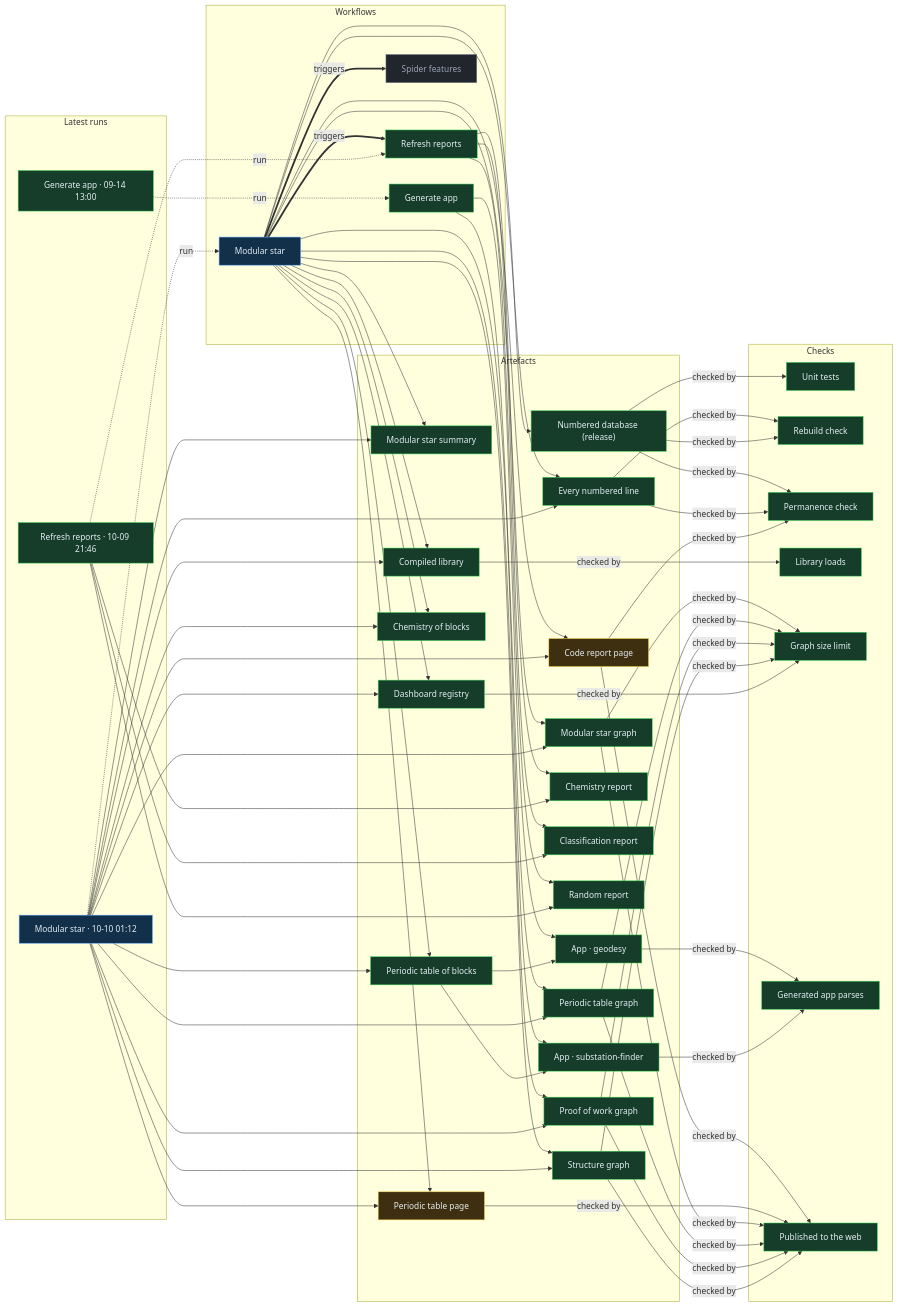
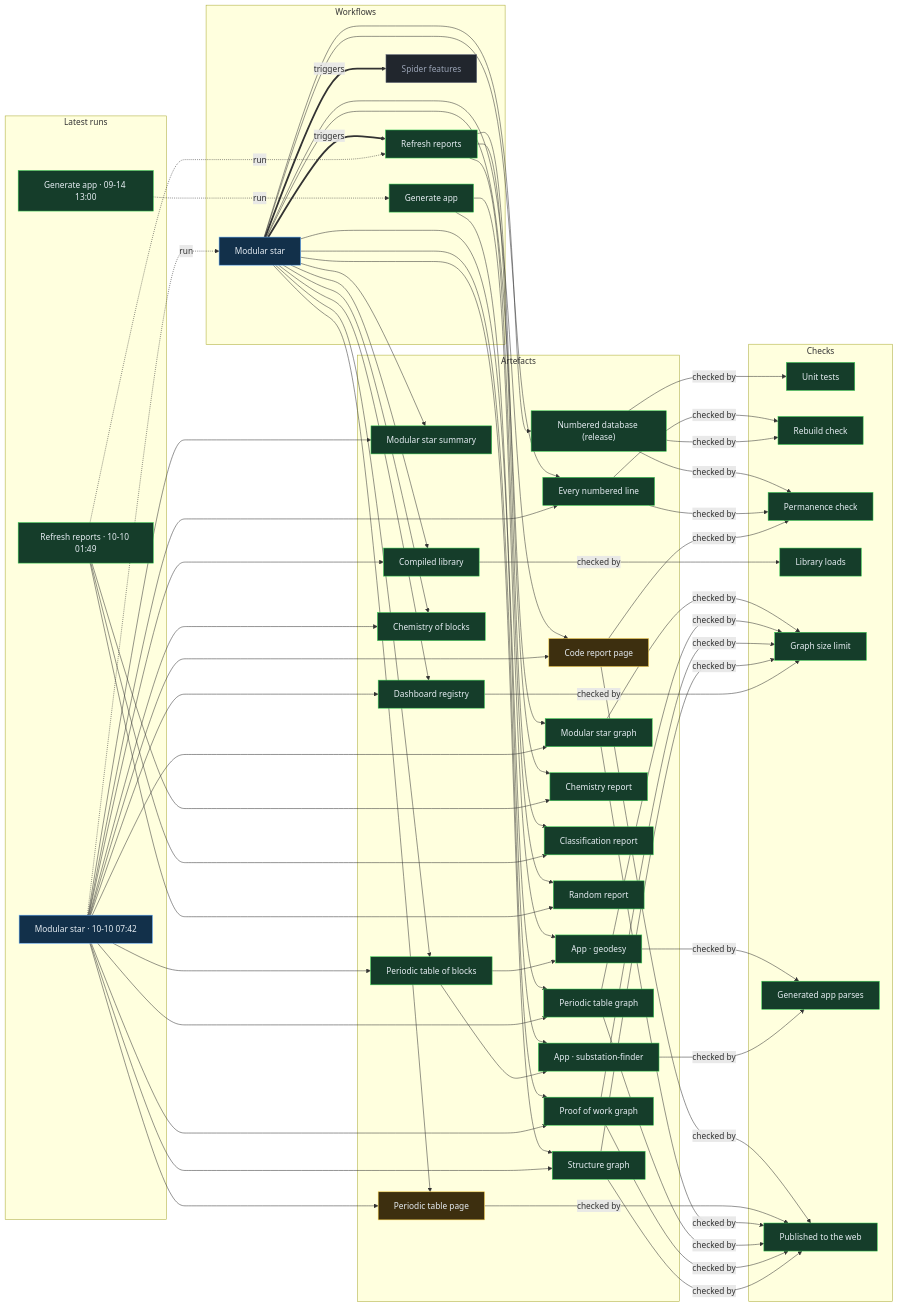
Before and after one commit to Ventusltd/stars: the diagram in proof/PROOF.md, drawn with Mermaid. The commit also changed other lines of this file and 43 other files, not shown here.

Commit message:
Modular star 2026-10-10T07:44Z

```diff
--- a/proof/PROOF.md
+++ b/proof/PROOF.md
@@ -24,8 +24,8 @@
   n_wf_spider_features["Spider features"]:::off
   end
   subgraph g_runs["Latest runs"]
-  n_run_38012259547["Modular star · 10-10 01:12"]:::live
-  n_run_37995498325["Refresh reports · 10-09 21:46"]:::ok
+  n_run_38035356202["Modular star · 10-10 07:42"]:::live
+  n_run_38014635272["Refresh reports · 10-10 01:49"]:::ok
   n_run_34846587798["Generate app · 09-14 13:00"]:::ok
   end
   subgraph g_artefacts["Artefacts"]
@@ -59,39 +59,39 @@
   end
   n_wf_modular_star == triggers ==> n_wf_refresh
   n_wf_modular_star == triggers ==> n_wf_spider_features
-  n_run_38012259547 -. run .-> n_wf_modular_star
-  n_run_37995498325 -. run .-> n_wf_refresh
+  n_run_38035356202 -. run .-> n_wf_modular_star
+  n_run_38014635272 -. run .-> n_wf_refresh
   n_run_34846587798 -. run .-> n_wf_generate
   n_wf_modular_star --> n_art_summary
-  n_run_38012259547 --> n_art_summary
+  n_run_38035356202 --> n_art_summary
   n_wf_modular_star --> n_art_lines
-  n_run_38012259547 --> n_art_lines
+  n_run_38035356202 --> n_art_lines
   n_wf_modular_star --> n_art_code
-  n_run_38012259547 --> n_art_code
+  n_run_38035356202 --> n_art_code
   n_wf_modular_star --> n_art_modular_graph
-  n_run_38012259547 --> n_art_modular_graph
+  n_run_38035356202 --> n_art_modular_graph
   n_wf_modular_star --> n_art_blocks
-  n_run_38012259547 --> n_art_blocks
+  n_run_38035356202 --> n_art_blocks
   n_wf_modular_star --> n_art_table
-  n_run_38012259547 --> n_art_table
+  n_run_38035356202 --> n_art_table
   n_wf_modular_star --> n_art_blocks_graph
-  n_run_38012259547 --> n_art_blocks_graph
+  n_run_38035356202 --> n_art_blocks_graph
   n_wf_modular_star --> n_art_reactions
-  n_run_38012259547 --> n_art_reactions
+  n_run_38035356202 --> n_art_reactions
   n_wf_modular_star --> n_art_library
-  n_run_38012259547 --> n_art_library
+  n_run_38035356202 --> n_art_library
   n_wf_modular_star --> n_art_features
-  n_run_38012259547 --> n_art_features
+  n_run_38035356202 --> n_art_features
   n_wf_modular_star --> n_art_proof
-  n_run_38012259547 --> n_art_proof
+  n_run_38035356202 --> n_art_proof
   n_wf_modular_star --> n_art_structure
-  n_run_38012259547 --> n_art_structure
+  n_run_38035356202 --> n_art_structure
   n_wf_refresh --> n_art_chemistry
-  n_run_37995498325 --> n_art_chemistry
+  n_run_38014635272 --> n_art_chemistry
   n_wf_refresh --> n_art_vedic
-  n_run_37995498325 --> n_art_vedic
+  n_run_38014635272 --> n_art_vedic
   n_wf_refresh --> n_art_random
-  n_run_37995498325 --> n_art_random
+  n_run_38014635272 --> n_art_random
   n_wf_modular_star --> n_art_release
   n_wf_generate --> n_app_geodesy
   n_art_blocks --> n_app_geodesy
```
